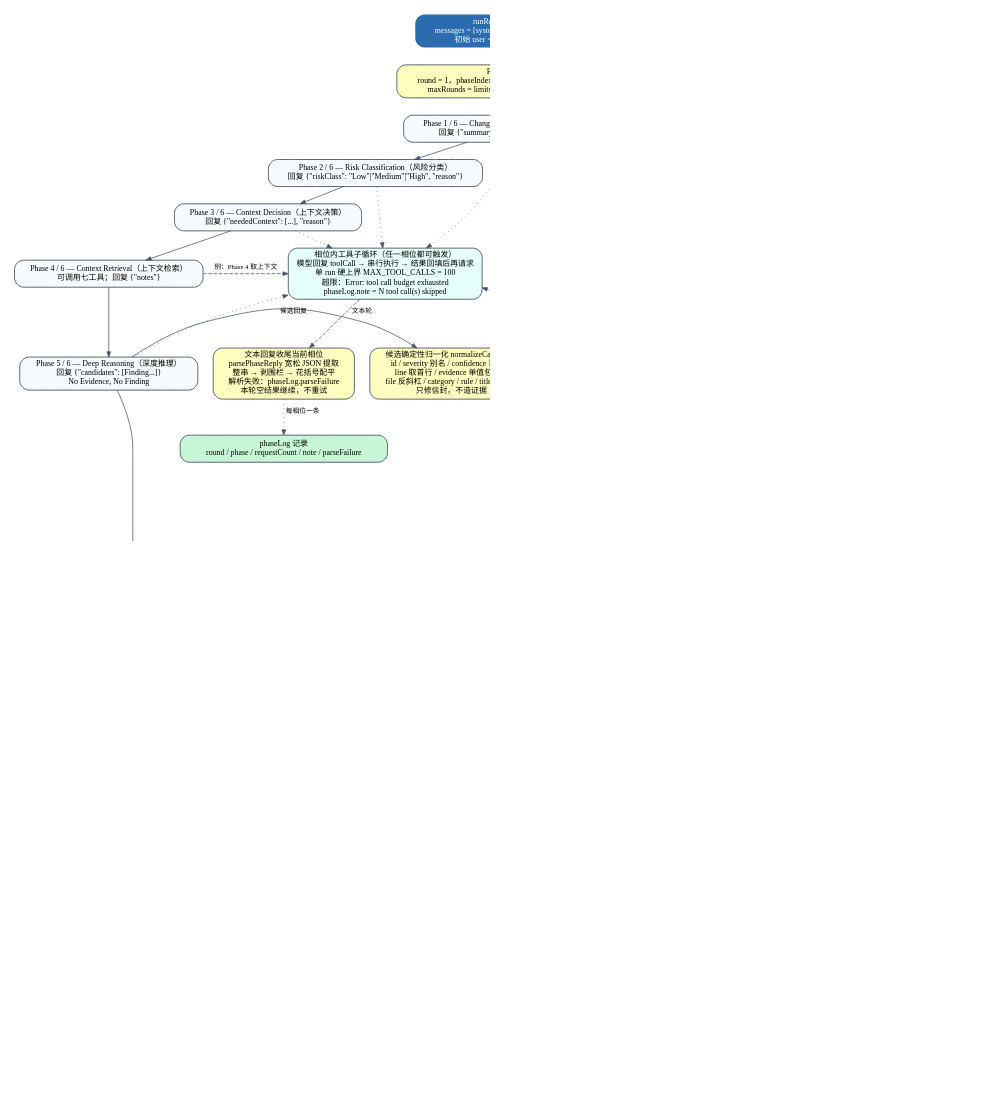
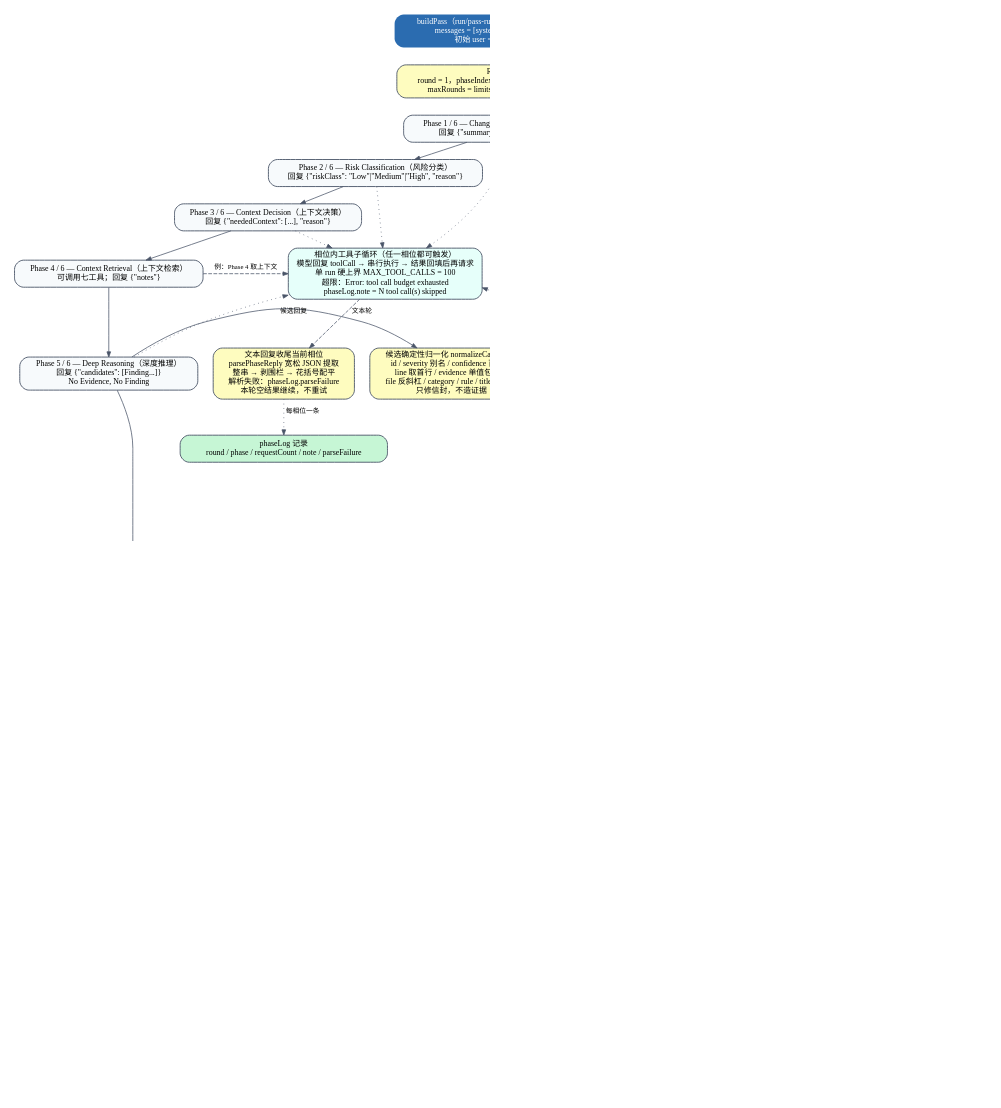
Before and after one commit to ffanwei/ReviewAgent-pi: the diagram in docs/png/review-six-phase.dot, drawn with Graphviz. The commit also changed 15 other files, not shown here.

First line of the commit message:
docs: 重新生成检视链路示意图与全链路流程图

```diff
--- a/docs/png/review-six-phase.dot
+++ b/docs/png/review-six-phase.dot
@@ -1,82 +1,82 @@
 digraph review_six_phase {
   graph [charset="UTF-8", rankdir=TB, bgcolor="white", fontname="Microsoft YaHei", fontsize=12,
          newrank=true, nodesep=0.28, ranksep=0.30, pad=0.25, dpi=150];
   node  [shape=box, style="rounded,filled", fontname="Microsoft YaHei", fontsize=10.5,
          color="#4A5568", fillcolor="#F7FAFC", penwidth=1.2, margin="0.14,0.06"];
   edge  [fontname="Microsoft YaHei", fontsize=9, color="#4A5568", arrowsize=0.7];
 
-  entry [label="runReviewPass 入口\nmessages = [system prompt, 初始 user 消息]\n初始 user = caseId + issue + diff", fillcolor="#2B6CB0", fontcolor="white", penwidth=0];
+  entry [label="buildPass（run/pass-runner.ts）→ runReviewPass 入口\nmessages = [system prompt, 初始 user 消息]\n初始 user = caseId + issue + diff", fillcolor="#2B6CB0", fontcolor="white", penwidth=0];
   round [label="Round 开始\nround = 1，phaseIndex = 0（0-based，对应 Phase 1）\nmaxRounds = limits.loop.maxRounds（缺省 3）", fillcolor="#FEFCBF"];
 
   p1 [label="Phase 1 / 6 — Change Understanding（变更理解）\n回复 {\"summary\": \"一段英文变更摘要\"}"];
   p2 [label="Phase 2 / 6 — Risk Classification（风险分类）\n回复 {\"riskClass\": \"Low\"|\"Medium\"|\"High\", \"reason\"}"];
   p3 [label="Phase 3 / 6 — Context Decision（上下文决策）\n回复 {\"neededContext\": [...], \"reason\"}"];
   p4 [label="Phase 4 / 6 — Context Retrieval（上下文检索）\n可调用七工具；回复 {\"notes\"}"];
   p5 [label="Phase 5 / 6 — Deep Reasoning（深度推理）\n回复 {\"candidates\": [Finding...]}\nNo Evidence, No Finding"];
   p6 [label="Phase 6 / 6 — Evidence Verification（证据核验）\n回复 {\"verdicts\": [{id, pass, reason}], \"complete\": bool}\n每个候选一条裁决；complete=false 表示还要再审"];
 
   tools [label="相位内工具子循环（任一相位都可触发）\n模型回复 toolCall → 串行执行 → 结果回填后再请求\n单 run 硬上界 MAX_TOOL_CALLS = 100\n超限：Error: tool call budget exhausted\nphaseLog.note = N tool call(s) skipped", fillcolor="#E6FFFA"];
   parse [label="文本回复收尾当前相位\nparsePhaseReply 宽松 JSON 提取\n整串 → 剥围栏 → 花括号配平\n解析失败：phaseLog.parseFailure\n本轮空结果继续，不重试", fillcolor="#FEFCBF"];
   phaseLog [label="phaseLog 记录\nround / phase / requestCount / note / parseFailure", fillcolor="#C6F6D5"];
 
   norm [label="候选确定性归一化 normalizeCandidates\nid / severity 别名 / confidence 百分数\nline 取首行 / evidence 单值包数组\nfile 反斜杠 / category / rule / title 去空白\n只修信封，不造证据", fillcolor="#FEFCBF"];
 
   subgraph cluster_skill {
     label="Phase 5 文本收尾之后、Phase 6 指令之前：规则 Skill 会话（ADR-0014）";
     fontname="Microsoft YaHei"; fontsize=10.5; color="#D6BCFA"; style="rounded,dashed";
     skill_start [label="对每个未降级的规则包\n独立 Agent，种子 = Phase 5 末消息快照\n各自 fork Ledger（互不可见）", fillcolor="#FAF5FF"];
     skill_run   [label="skill 会话\n七检视工具 + bash（跑包内脚本）\n单请求 reviewTurnMs 180s\n整会话 skillPassMs 1200s\nbash 单次 skillBashMs 120s", fillcolor="#FAF5FF"];
     skill_time  [label="超时 / 失败\nstatus = failed，degradedReason\n不拖垮主检视", fillcolor="#FED7D7"];
     skill_norm  [label="候选归一化\nid 模板 RULE-CHECK@<skill>@<file>:<line>\n缺 id → round-N-skill-K-candidate-I", fillcolor="#FAF5FF"];
     skill_merge [label="与主候选跨 skill 去重\nkey = (file, line, category)\n主候选占键、永不被丢弃\n存活候选并入本轮候选流", fillcolor="#FAF5FF"];
     skill_start -> skill_run -> skill_norm -> skill_merge;
     skill_run -> skill_time [label=" 失败 "];
     skill_time -> skill_merge [style=dashed, label=" 空候选 "];
   }
 
   repair [label="有界候选修复（P1）\n只挑 schema 仍非法的候选\n整 run 最多 2 次调用 / 每次最多 8 条\n复用 oneShotMs + oneShot 重试\n强制保留原 id（Phase 6 对齐键）", fillcolor="#FEFCBF"];
 
   subgraph cluster_gate {
     label="候选拦截链 applyCandidateGate（每候选只留首个失败阶段）";
     fontname="Microsoft YaHei"; fontsize=10.5; color="#F6AD55"; style="rounded,dashed";
     g1 [label="1. SCHEMA_INVALID\n十字段校验失败", fillcolor="#FFF5F5"];
     g2 [label="2. NON_ENGLISH\ntitle / description / evidence 含 CJK", fillcolor="#FFF5F5"];
     g3 [label="3. NO_EVIDENCE\nevidence 为空数组或全空串", fillcolor="#FFF5F5"];
     g4 [label="4. VERIFICATION_FAILED\n无裁决 / pass=false", fillcolor="#FFF5F5"];
     g5 [label="5. OUT_OF_SCOPE\nfindingScope 开启：文件不在 diff\n或行号出 hunk ±10 行", fillcolor="#FFF5F5"];
     g6 [label="6. DUPLICATE_ID\n跨轮内容键 (file,line,title) 已发过", fillcolor="#FFF5F5"];
     g1 -> g2 -> g3 -> g4 -> g5 -> g6;
   }
 
   finding [label="Finding 产出\nid / severity / category / file / line\ntitle / description / evidence / rule / confidence", fillcolor="#C6F6D5"];
   decision[label="本轮结束判定", shape=diamond, fillcolor="#FEFCBF"];
-  finish [label="结束\ncomplete = complete && !truncated\nfindings 返回给 runReviewPass\n落盘 transcript / reviews_en.json / audit", fillcolor="#2B6CB0", fontcolor="white", penwidth=0];
+  finish [label="结束\ncomplete = complete && !truncated\nfindings 返回给 runPasses（ExecutedPass）\n落盘 transcript / reviews_en.json / audit", fillcolor="#2B6CB0", fontcolor="white", penwidth=0];
   next   [label="round += 1\nphaseIndex = 0\n清空本轮候选与裁决\n（最后一轮强制 complete，不置 truncated）", fillcolor="#FEFCBF"];
   trunc  [label="finish_reason = length\n→ truncated = true\n原因 MODEL_MAX_TOKENS_REACHED", fillcolor="#FED7D7"];
 
   entry -> round -> p1 -> p2 -> p3 -> p4 -> p5 -> p6;
   p4 -> tools [style=dashed, label=" 例：Phase 4 取上下文 "];
   p1 -> tools [style=dotted];
   p2 -> tools [style=dotted];
   p3 -> tools [style=dotted];
   p5 -> tools [style=dotted];
   p6 -> tools [style=dotted];
   tools -> parse [style=dashed, label=" 文本轮 "];
   parse -> phaseLog [style=dotted, label=" 每相位一条 "];
   p5 -> norm [label=" 候选回复 "];
   norm -> skill_start;
   skill_merge -> p6 [label=" 两批候选一起交给 Phase 6 "];
   p6 -> repair -> g1;
   g6 -> finding [label=" 全部通过 "];
   g1 -> decision [style=dashed, label=" 任一失败 → rejection（不影响其他候选） "];
   finding -> decision;
   decision -> finish [label=" complete 或 round >= maxRounds "];
   decision -> next [label=" 未完成且还有轮次 "];
   next -> p1 [style=dashed, label=" 下一轮 Phase 1 "];
   trunc -> decision [style=dashed, label=" 截断不宣称完整 "];
 
   { rank=same; p4; tools; }
   { rank=same; p5; norm; skill_start; }
   { rank=same; p6; repair; g1; }
   { rank=same; decision; }
 }
```
